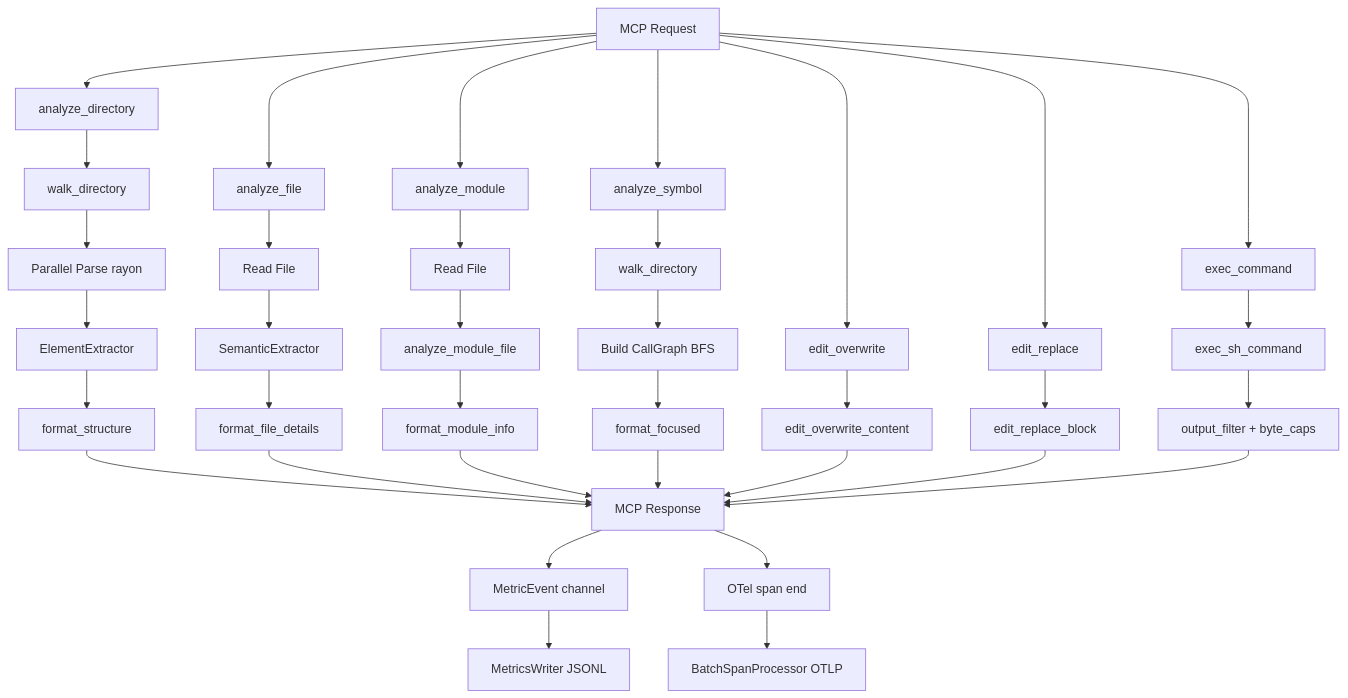
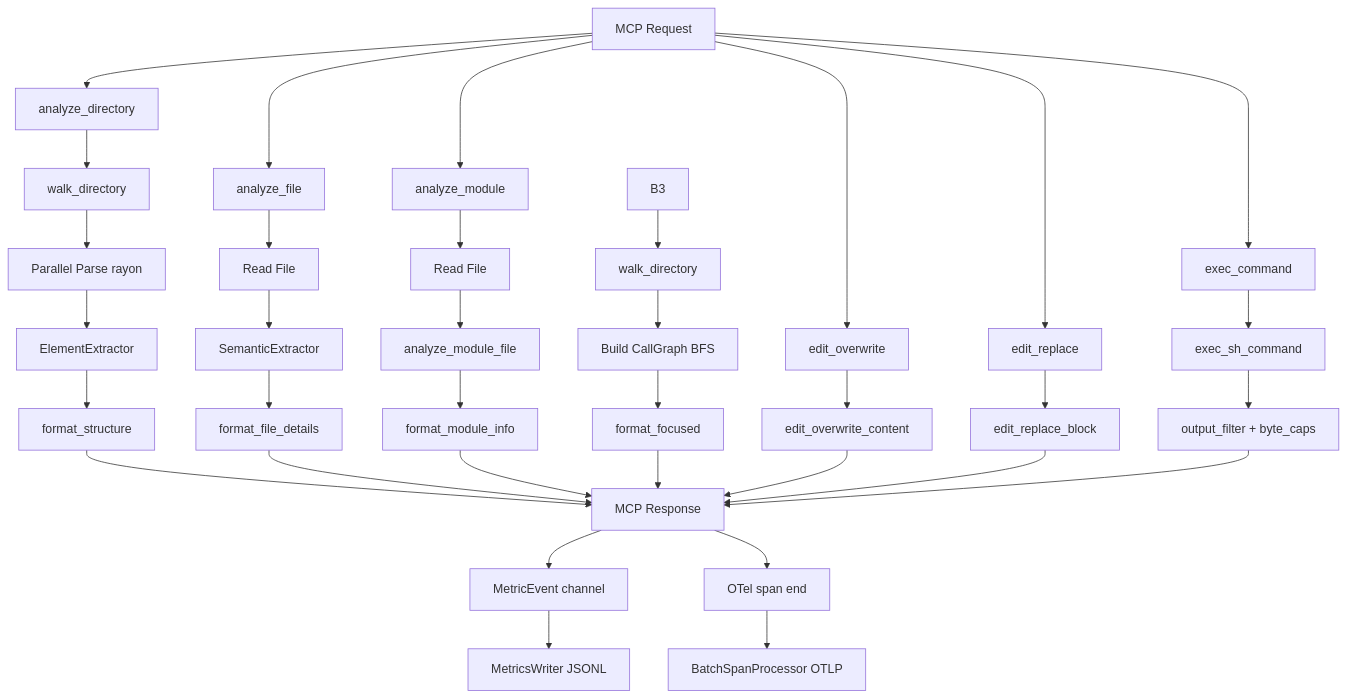
The diagram in docs/ARCHITECTURE.md (clouatre-labs/aptu-coder), drawn with Mermaid before and after one commit. The commit also changed other lines of this file and 64 other files, not shown here.

First line of the commit message:
feat(api)!: remove analyze_symbol tool; re-home graph warm-up to analyze_directory (#1819)

````diff
--- a/docs/ARCHITECTURE.md
+++ b/docs/ARCHITECTURE.md
@@ -57,38 +57,37 @@
 ```mermaid
 graph TD
     A["MCP Request"] --> B1["analyze_directory"]
     A --> B2["analyze_file"]
     A --> B4["analyze_module"]
-    A --> B3["analyze_symbol"]
     A --> B6["edit_overwrite"]
     A --> B7["edit_replace"]
     A --> B10["exec_command"]
     B1 --> M["walk_directory"]
     M --> N["Parallel Parse rayon"]
     N --> O["ElementExtractor"]
     O --> P["format_structure"]
     B2 --> J["Read File"]
     J --> K["SemanticExtractor"]
     K --> L["format_file_details"]
     B4 --> R["Read File"]
     R --> S["analyze_module_file"]
     S --> T["format_module_info"]
     B3 --> G["walk_directory"]
     G --> H["Build CallGraph BFS"]
     H --> I["format_focused"]
     B6 --> F2["edit_overwrite_content"]
     B7 --> F3["edit_replace_block"]
     B10 --> F6["exec_sh_command"]
     F6 --> F7["output_filter + byte_caps"]
     P --> Q["MCP Response"]
     L --> Q
     T --> Q
     I --> Q
     F2 --> Q
     F3 --> Q
     F7 --> Q
     Q --> Z1["MetricEvent channel"]
     Z1 --> Z2["MetricsWriter JSONL"]
     Q --> Z3["OTel span end"]
     Z3 --> Z4["BatchSpanProcessor OTLP"]
 ```
````
